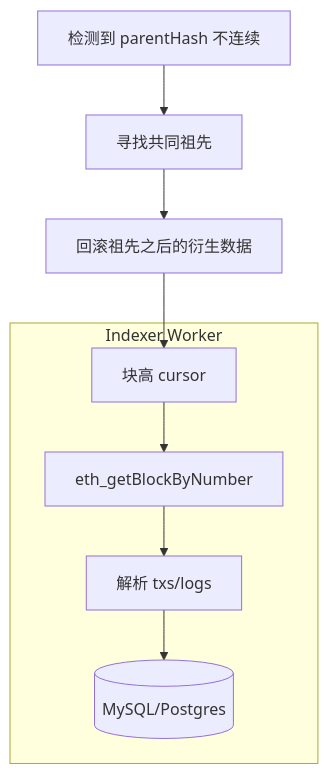
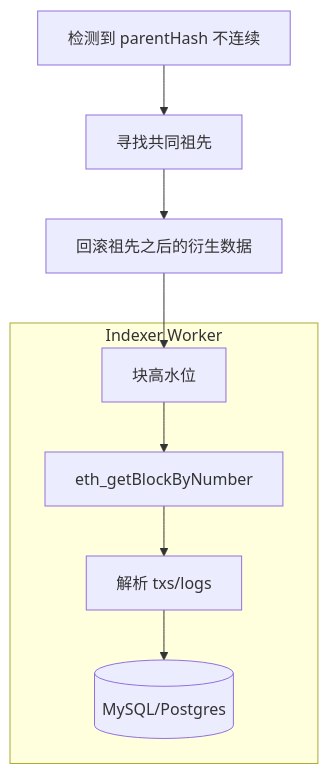
One commit to twodog-tt/Golang-development-manual changed the diagram in docs/topics/12-blockchain-web3/S-BC-05-indexer-reorg.md. Above: the diagram before and after it, drawn with Mermaid. The commit also changed other lines of this file and 15 other files, not shown here.

````diff
--- a/docs/topics/12-blockchain-web3/S-BC-05-indexer-reorg.md
+++ b/docs/topics/12-blockchain-web3/S-BC-05-indexer-reorg.md
@@ -36,11 +39,11 @@
 ```mermaid
 flowchart TB
   subgraph indexer[Indexer Worker]
-    Loop[块高 cursor] --> Fetch[eth_getBlockByNumber]
+    Loop[块高水位] --> Fetch[eth_getBlockByNumber]
     Fetch --> Parse[解析 txs/logs]
     Parse --> DB[(MySQL/Postgres)]
   end
   Reorg[检测到 parentHash 不连续] --> Ancestor[寻找共同祖先]
   Ancestor --> Rollback[回滚祖先之后的衍生数据]
   Rollback --> Loop
 ```
````
